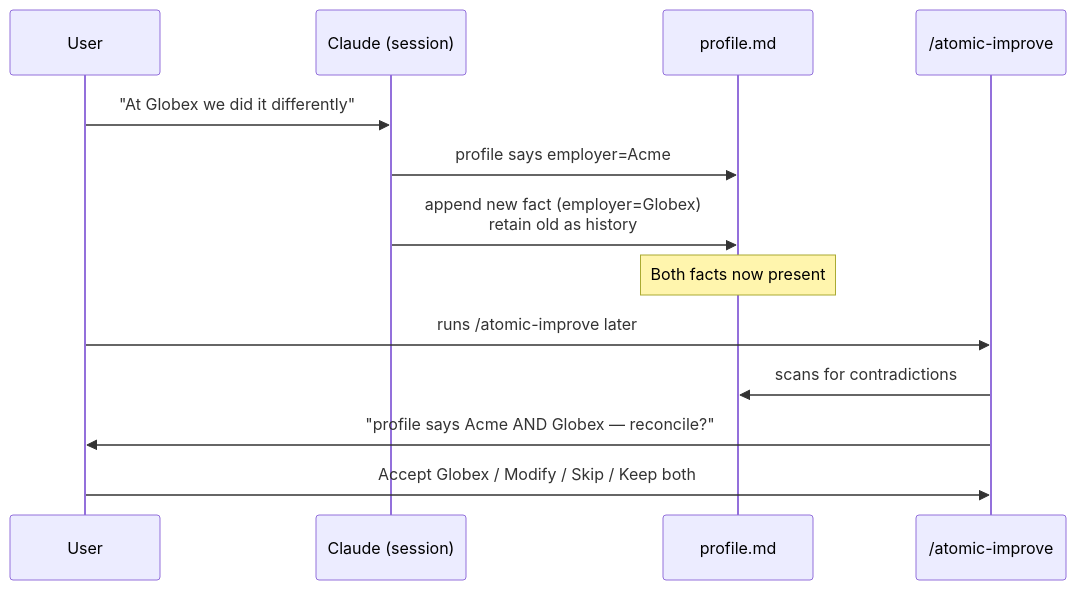
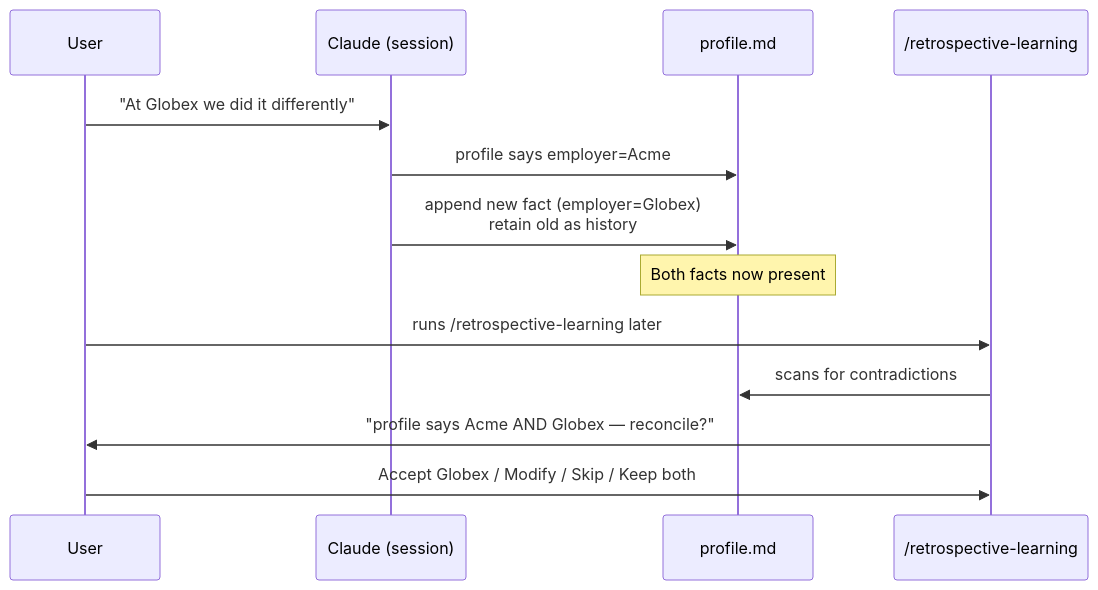
Before and after one commit to damusix/atomic-claude: the second of 4 diagrams in docs/design/user-profile.md, drawn with Mermaid. The commit also changed other lines of this file and 91 other files, not shown here.

````diff
--- a/docs/design/user-profile.md
+++ b/docs/design/user-profile.md
@@ -79,16 +79,16 @@
 ```mermaid
 sequenceDiagram
     participant U as User
     participant C as Claude (session)
     participant P as profile.md
-    participant I as /atomic-improve
+    participant I as /retrospective-learning
 
     U->>C: "At Globex we did it differently"
     C->>P: profile says employer=Acme
     C->>P: append new fact (employer=Globex)<br/>retain old as history
     Note over P: Both facts now present
-    U->>I: runs /atomic-improve later
+    U->>I: runs /retrospective-learning later
     I->>P: scans for contradictions
     I->>U: "profile says Acme AND Globex — reconcile?"
     U->>I: Accept Globex / Modify / Skip / Keep both
 ```
````
